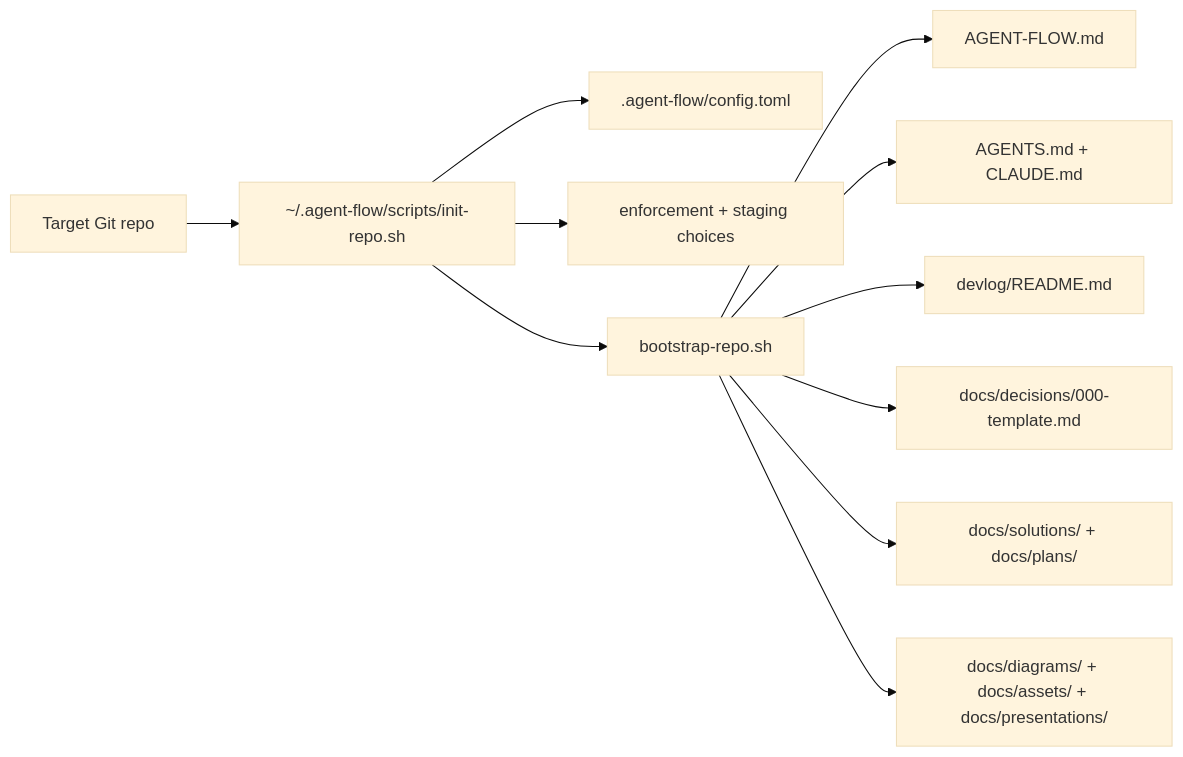
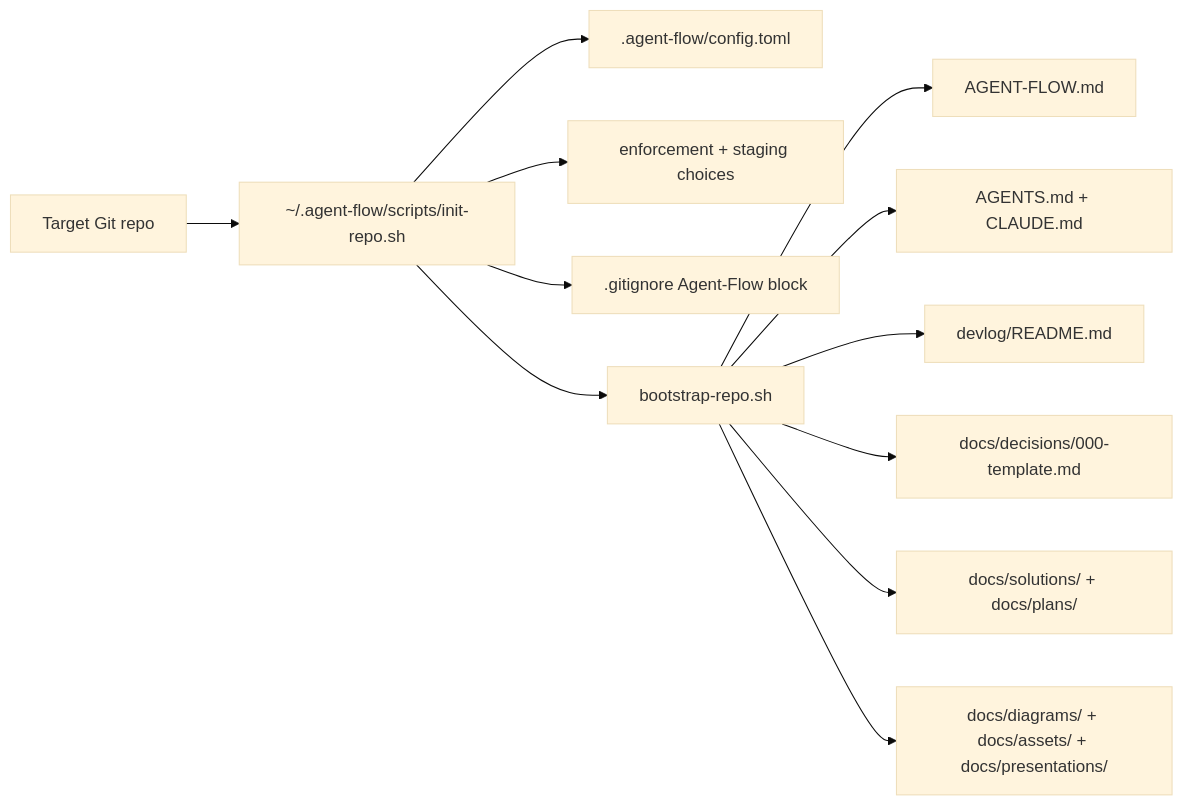
Before and after one commit to miketaheny/codex-setup: the third of 5 diagrams in docs/ARCHITECTURE.md, drawn with Mermaid (base theme). The commit also changed other lines of this file and 12 other files, not shown here.

Commit message:
chore: add gitignore init policy

````diff
--- a/docs/ARCHITECTURE.md
+++ b/docs/ARCHITECTURE.md
@@ -65,13 +65,14 @@
 ```mermaid
 flowchart LR
     Repo["Target Git repo"] --> Init["~/.agent-flow/scripts/init-repo.sh"]
     Init --> Config[".agent-flow/config.toml"]
     Init --> Choices["enforcement + staging choices"]
+    Init --> Gitignore[".gitignore Agent-Flow block"]
     Init --> Bootstrap["bootstrap-repo.sh"]
     Bootstrap --> Rules["AGENT-FLOW.md"]
     Bootstrap --> Adapters["AGENTS.md + CLAUDE.md"]
     Bootstrap --> Devlog["devlog/README.md"]
     Bootstrap --> Decision["docs/decisions/000-template.md"]
     Bootstrap --> Dirs["docs/solutions/ + docs/plans/"]
     Bootstrap --> VisualDirs["docs/diagrams/ + docs/assets/ + docs/presentations/"]
 ```
````
